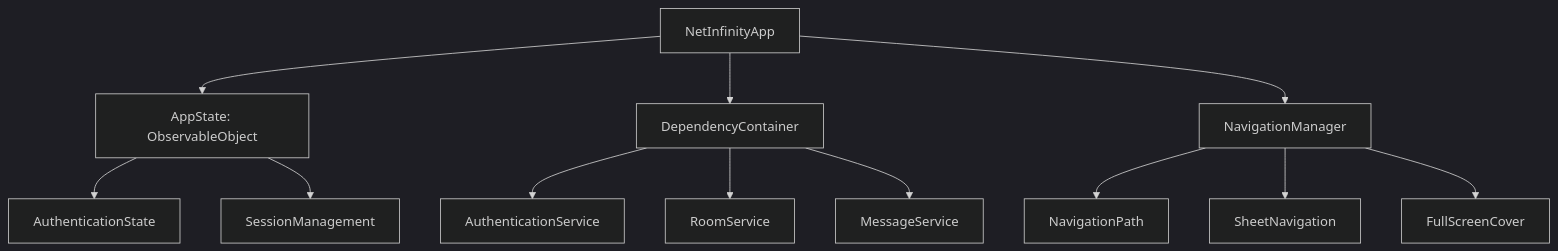
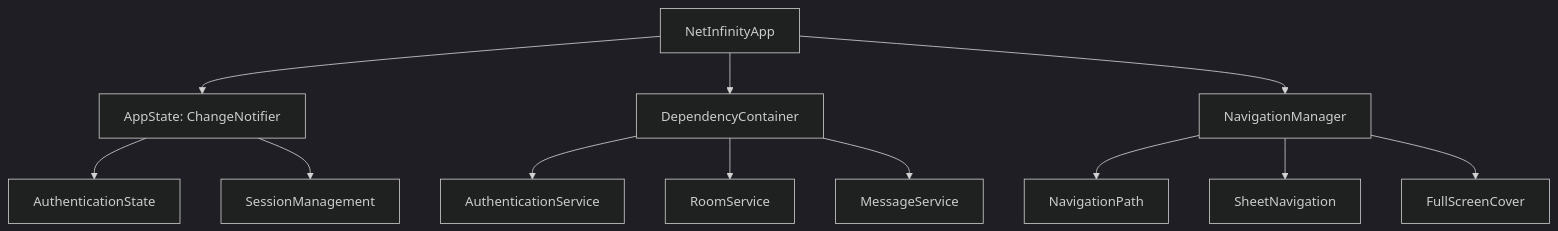
Before and after one commit to Onii-Mediaworks/mesh-infinity: the diagram in SPEC.md, drawn with Mermaid (dark theme). The commit also changed other lines of this file and 167 other files, not shown here.

````diff
--- a/SPEC.md
+++ b/SPEC.md
@@ -9,14 +38,14 @@
 ```mermaid
 graph TD
-    A[NetInfinityApp] --> B[AppState: ObservableObject]
+    A[NetInfinityApp] --> B[AppState: ChangeNotifier]
     A --> C[DependencyContainer]
     A --> D[NavigationManager]
     B --> E[AuthenticationState]
     B --> F[SessionManagement]
     C --> G[AuthenticationService]
     C --> H[RoomService]
     C --> I[MessageService]
     D --> J[NavigationPath]
     D --> K[SheetNavigation]
     D --> L[FullScreenCover]
 ```
````
